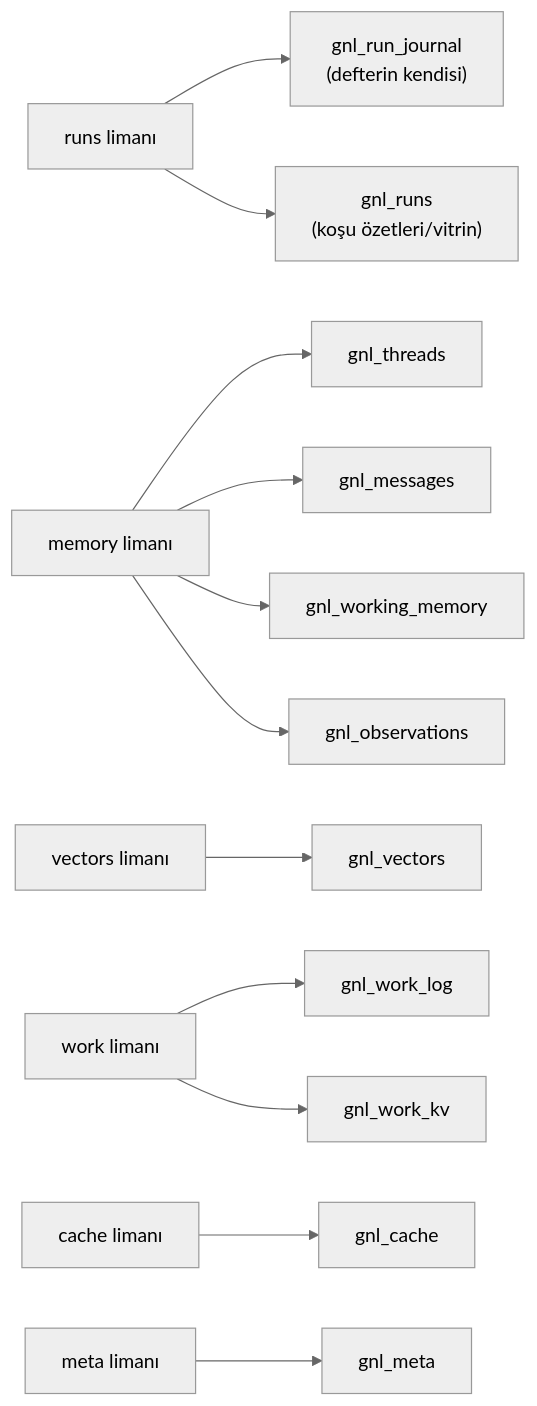
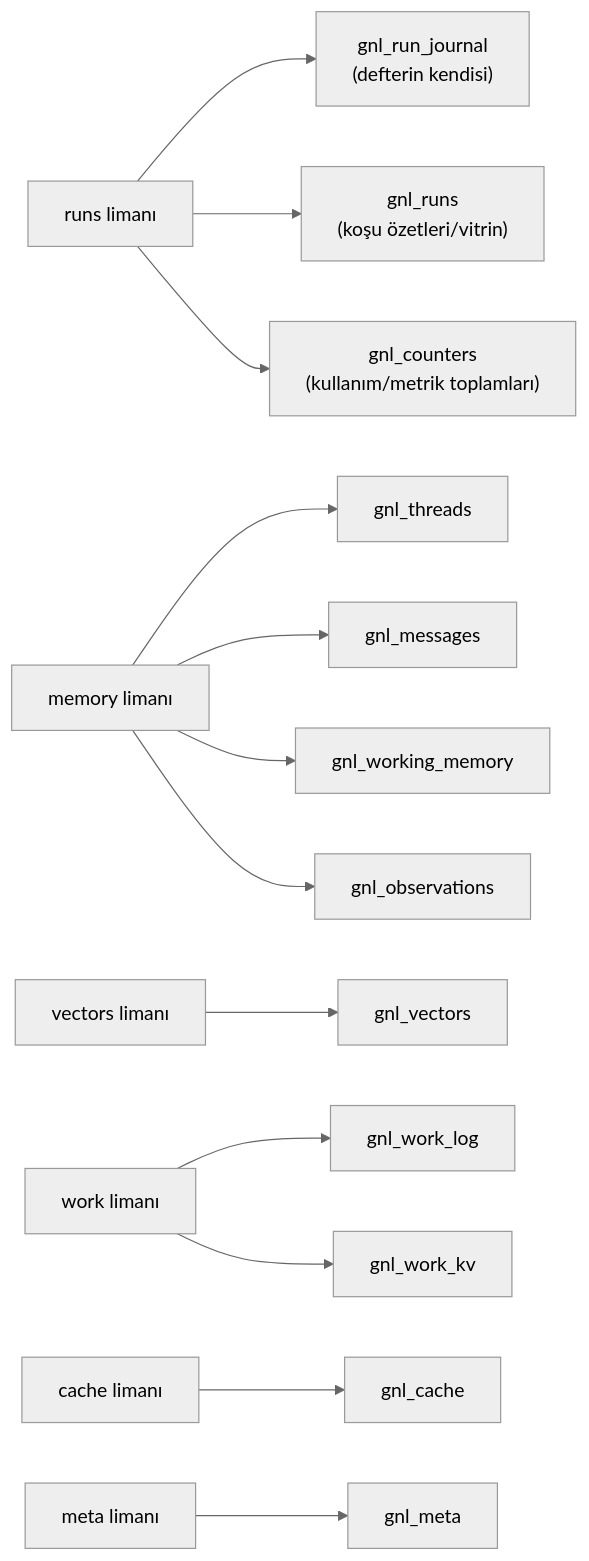
The third of 10 diagrams in docs/GUIDE.tr.md (Karaca7/gnldev), drawn with Mermaid (neutral theme) before and after one commit. The commit also changed other lines of this file and 51 other files, not shown here.

````diff
--- a/docs/GUIDE.tr.md
+++ b/docs/GUIDE.tr.md
@@ -204,10 +216,11 @@
 ```mermaid
 graph LR
     runs["runs limanı"] --> T1["gnl_run_journal<br/>(defterin kendisi)"]
     runs --> T2["gnl_runs<br/>(koşu özetleri/vitrin)"]
     memory["memory limanı"] --> T3["gnl_threads"] & T4["gnl_messages"] & T5["gnl_working_memory"] & T6["gnl_observations"]
     vectors["vectors limanı"] --> T7["gnl_vectors"]
     work["work limanı"] --> T8["gnl_work_log"] & T9["gnl_work_kv"]
     cache["cache limanı"] --> T10["gnl_cache"]
     meta["meta limanı"] --> T11["gnl_meta"]
+    runs --> T12["gnl_counters<br/>(kullanım/metrik toplamları)"]
 ```
````
